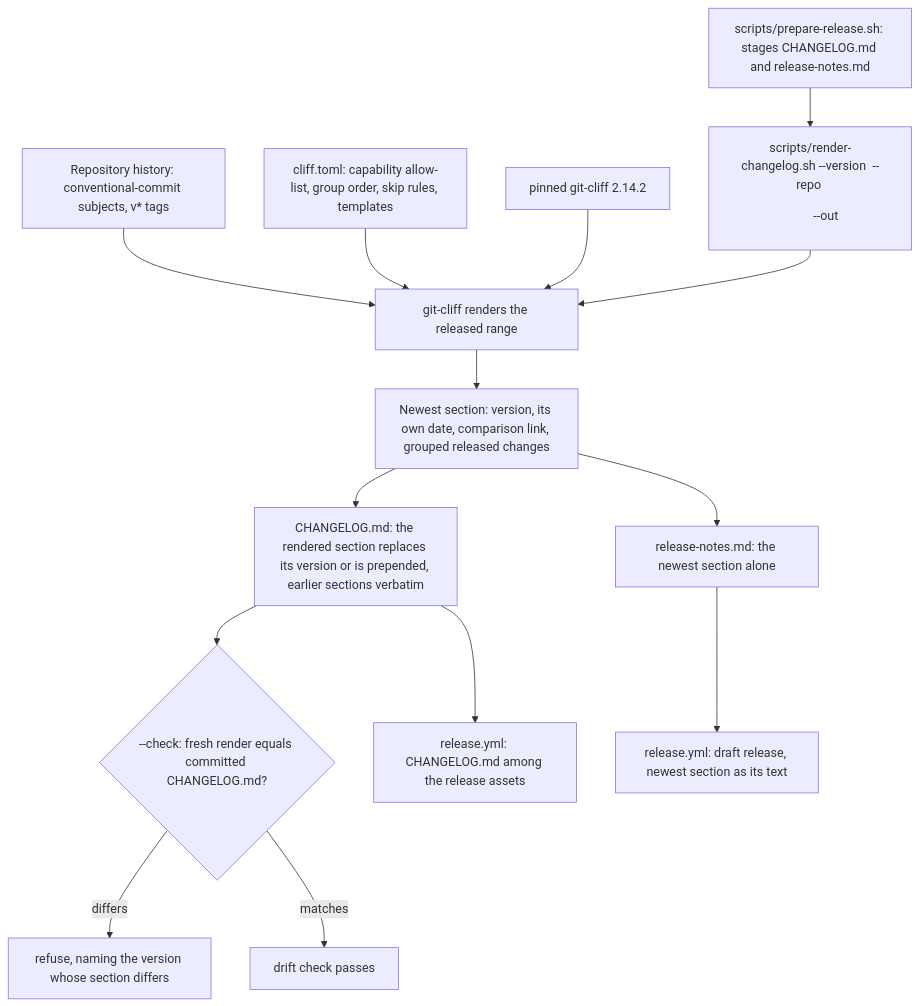
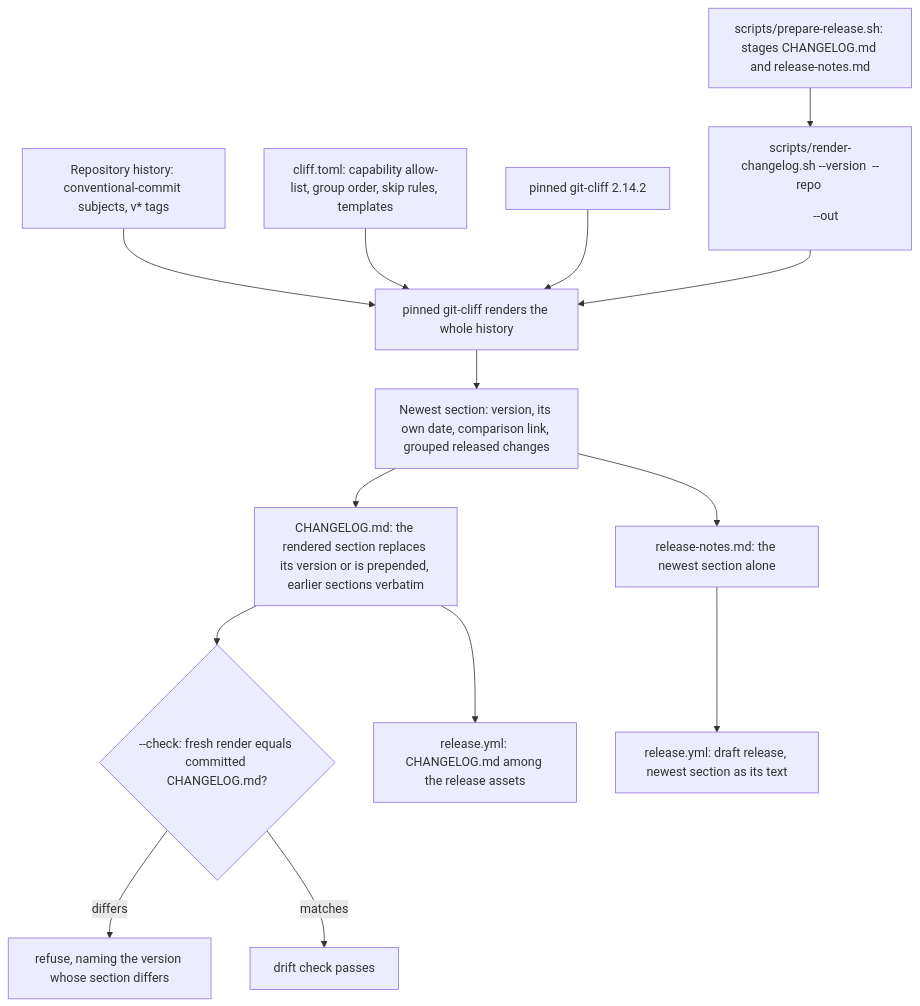
One commit to duty2cal/duty2cal changed the diagram in givn/changes/generate-release-notes/design.md. Above: the diagram before and after it, drawn with Mermaid. The commit also changed other lines of this file and 1 other file, not shown here.

First line of the commit message:
docs(generate-release-notes): record the remaining task evidence and the design's range decision.

````diff
--- a/givn/changes/generate-release-notes/design.md
+++ b/givn/changes/generate-release-notes/design.md
@@ -37,26 +37,26 @@
 ```mermaid
 flowchart TB
   HIST["Repository history: conventional-commit subjects, v* tags"]
   CONFIG["cliff.toml: capability allow-list, group order, skip rules, templates"]
   PIN["pinned git-cliff 2.14.2"]
   RENDER["scripts/render-changelog.sh --version <v> --repo <dir> --out <path>"]
-  CLIFF["git-cliff renders the released range"]
+  CLIFF["pinned git-cliff renders the whole history"]
   SECTION["Newest section: version, its own date, comparison link, grouped released changes"]
   CL["CHANGELOG.md: the rendered section replaces its version or is prepended, earlier sections verbatim"]
   TEXT["release-notes.md: the newest section alone"]
   CHECK{"--check: fresh render equals committed CHANGELOG.md?"}
   PREP["scripts/prepare-release.sh: stages CHANGELOG.md and release-notes.md"]
   HIST --> CLIFF
   CONFIG --> CLIFF
   PIN --> CLIFF
   RENDER --> CLIFF
   CLIFF --> SECTION
   SECTION --> CL
   SECTION --> TEXT
   CL --> CHECK
   CHECK -->|differs| REFUSE["refuse, naming the version whose section differs"]
   CHECK -->|matches| OK["drift check passes"]
   PREP --> RENDER
   TEXT --> DRAFT["release.yml: draft release, newest section as its text"]
   CL --> ASSET["release.yml: CHANGELOG.md among the release assets"]
 ```
````
